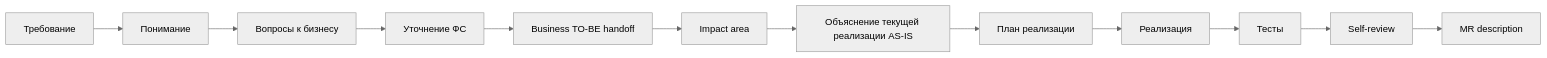
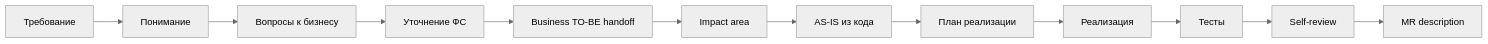
Before and after one commit to 0Lilhate/doklad: the diagram in talk/AI-Agent Delivery Workflow.md, drawn with Mermaid (neutral theme). The commit also changed other lines of this file, not shown here.

````diff
--- a/talk/AI-Agent Delivery Workflow.md
+++ b/talk/AI-Agent Delivery Workflow.md
@@ -882,14 +341,14 @@
 ```mermaid
 flowchart LR
     A[Требование] --> B[Понимание]
     B --> C[Вопросы к бизнесу]
     C --> D[Уточнение ФС]
     D --> E[Business TO-BE handoff]
     E --> F[Impact area]
-    F --> G[Объяснение текущей реализации AS-IS]
+    F --> G[AS-IS из кода]
     G --> H[План реализации]
     H --> I[Реализация]
     I --> J[Тесты]
     J --> K[Self-review]
     K --> L[MR description]
 ```
````
